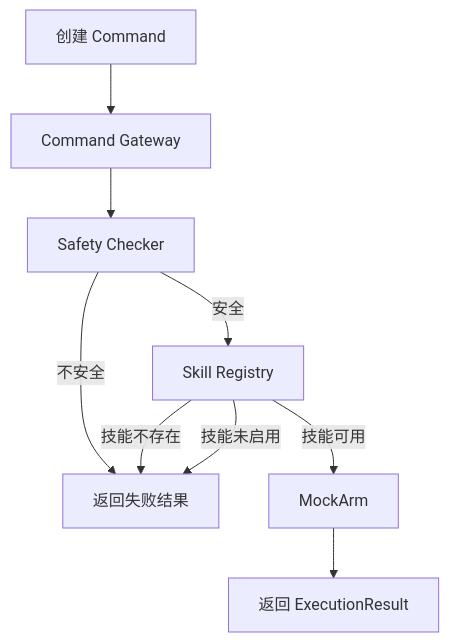
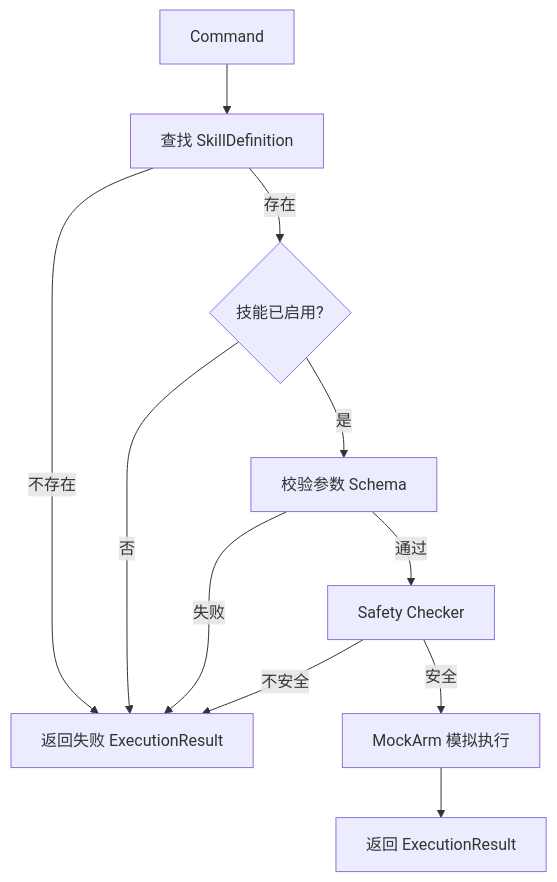
Before and after one commit to Alex-Lucifer-L/ros-claw: the diagram in README.md, drawn with Mermaid. The commit also changed other lines of this file and 5 other files, not shown here.

````diff
--- a/README.md
+++ b/README.md
@@ -61,11 +45,13 @@
 ```mermaid
 flowchart TD
-    A[创建 Command] --> B[Command Gateway]
-    B --> C[Safety Checker]
-    C -->|不安全| D[返回失败结果]
-    C -->|安全| E[Skill Registry]
-    E -->|技能不存在| D
-    E -->|技能未启用| D
-    E -->|技能可用| F[MockArm]
+    A[Command] --> B[查找 SkillDefinition]
+    B -->|不存在| R[返回失败 ExecutionResult]
+    B -->|存在| C{技能已启用?}
+    C -->|否| R
+    C -->|是| D[校验参数 Schema]
+    D -->|失败| R
+    D -->|通过| E[Safety Checker]
+    E -->|不安全| R
+    E -->|安全| F[MockArm 模拟执行]
     F --> G[返回 ExecutionResult]
 ```
````
